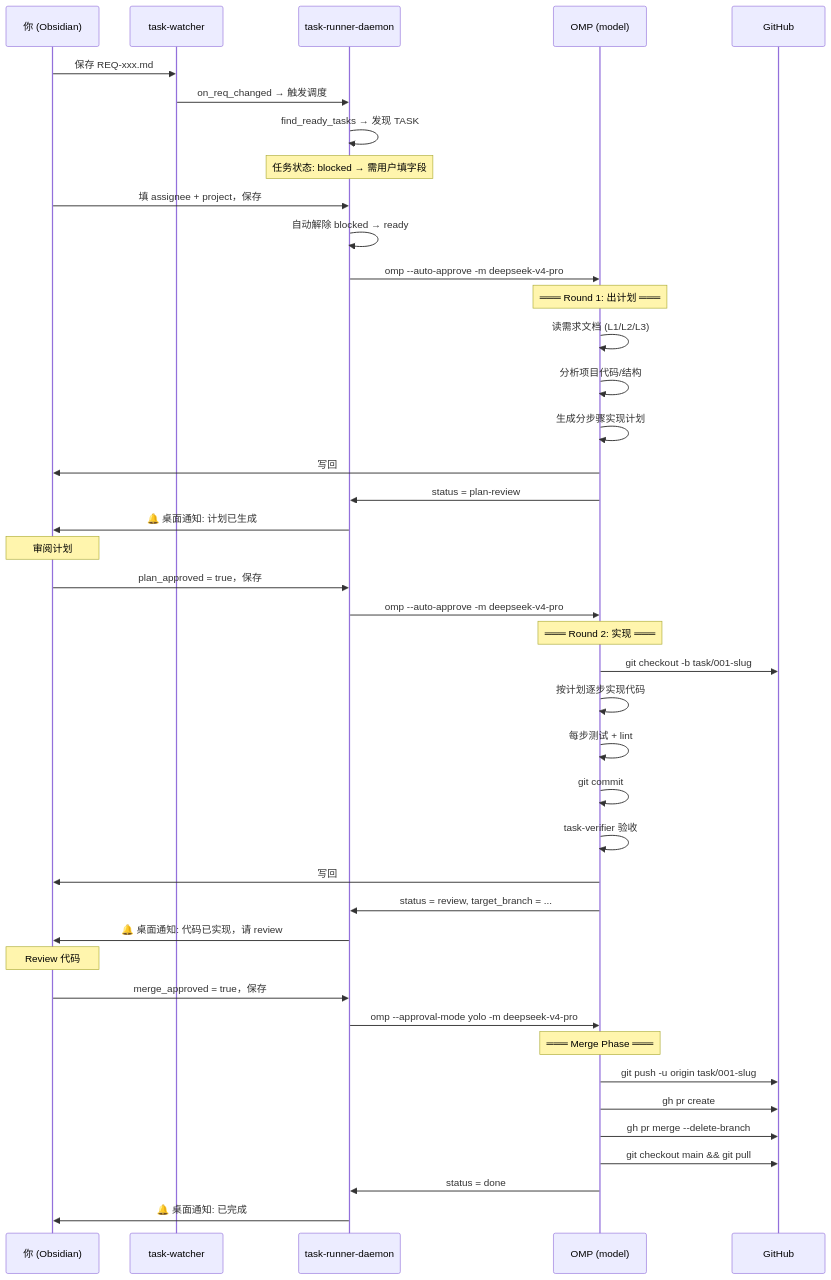
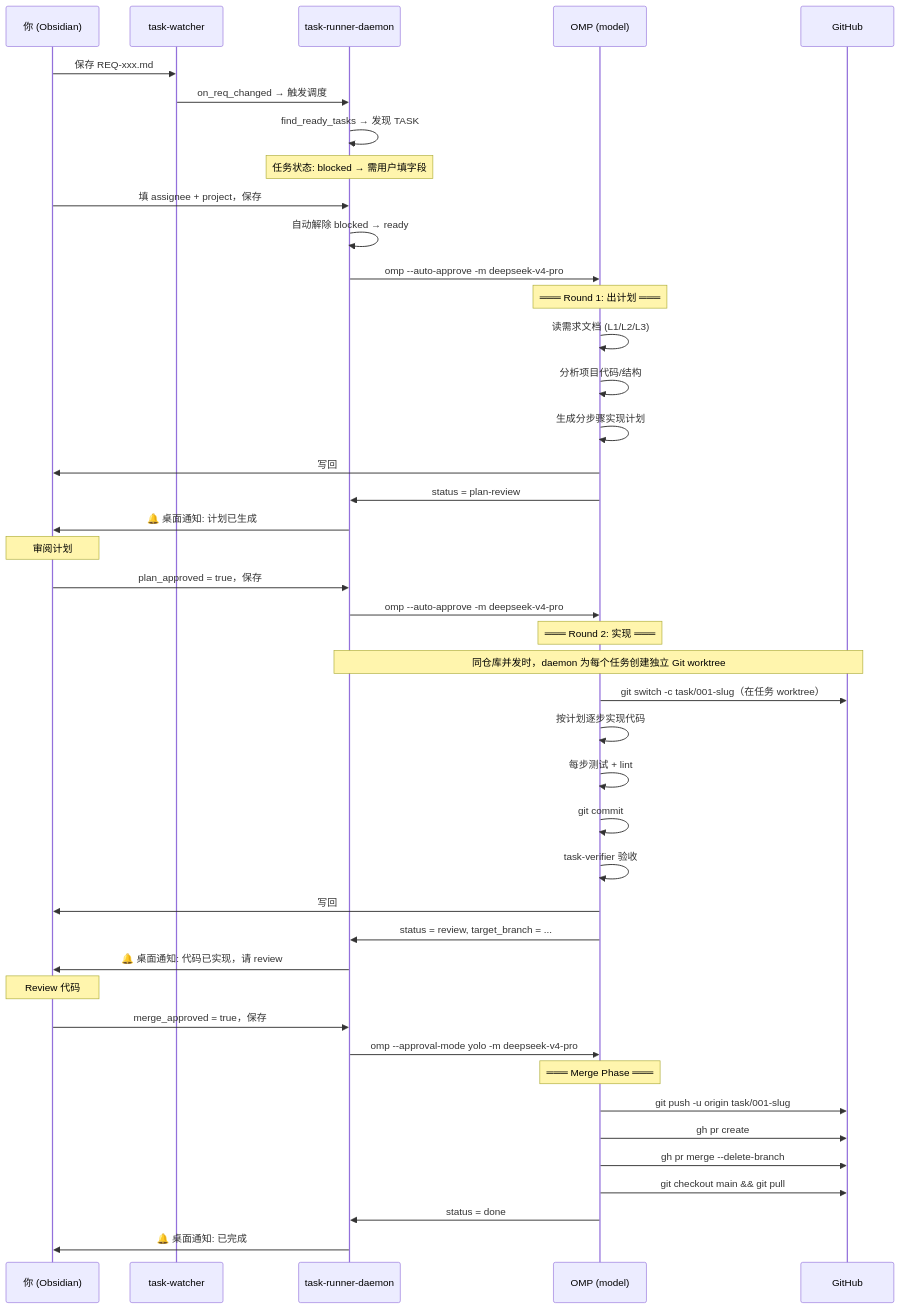
Before and after one commit to ndzuki/obsidian-task-runner: the third of 5 diagrams in docs/workflow.md, drawn with Mermaid. The commit also changed other lines of this file and 9 other files, not shown here.

````diff
--- a/docs/workflow.md
+++ b/docs/workflow.md
@@ -70,57 +70,58 @@
 ```mermaid
 sequenceDiagram
     participant User as 你 (Obsidian)
     participant Watch as task-watcher
     participant Daemon as task-runner-daemon
     participant Agent as OMP (model)
     participant Git as GitHub
 
     User->>Watch: 保存 REQ-xxx.md
     Watch->>Daemon: on_req_changed → 触发调度
     Daemon->>Daemon: find_ready_tasks → 发现 TASK
     Note over Daemon: 任务状态: blocked → 需用户填字段
 
     User->>Daemon: 填 assignee + project，保存
     Daemon->>Daemon: 自动解除 blocked → ready
 
     Daemon->>Agent: omp --auto-approve -m deepseek-v4-pro
 
     Note over Agent: ═══ Round 1: 出计划 ═══
 
     Agent->>Agent: 读需求文档 (L1/L2/L3)
     Agent->>Agent: 分析项目代码/结构
     Agent->>Agent: 生成分步骤实现计划
     Agent->>User: 写回 ## 实现计划 section
     Agent->>Daemon: status = plan-review
     Daemon->>User: 🔔 桌面通知: 计划已生成
 
     Note over User: 审阅计划
     User->>Daemon: plan_approved = true，保存
 
     Daemon->>Agent: omp --auto-approve -m deepseek-v4-pro
 
     Note over Agent: ═══ Round 2: 实现 ═══
+    Note over Daemon,Git: 同仓库并发时，daemon 为每个任务创建独立 Git worktree
 
-    Agent->>Git: git checkout -b task/001-slug
+    Agent->>Git: git switch -c task/001-slug（在任务 worktree）
     Agent->>Agent: 按计划逐步实现代码
     Agent->>Agent: 每步测试 + lint
     Agent->>Agent: git commit
     Agent->>Agent: task-verifier 验收
     Agent->>User: 写回 ## 实现记录 + ## 验收记录
     Agent->>Daemon: status = review, target_branch = ...
     Daemon->>User: 🔔 桌面通知: 代码已实现，请 review
 
     Note over User: Review 代码
     User->>Daemon: merge_approved = true，保存
 
     Daemon->>Agent: omp --approval-mode yolo -m deepseek-v4-pro
 
     Note over Agent: ═══ Merge Phase ═══
 
     Agent->>Git: git push -u origin task/001-slug
     Agent->>Git: gh pr create
     Agent->>Git: gh pr merge --delete-branch
     Agent->>Git: git checkout main && git pull
     Agent->>Daemon: status = done
     Daemon->>User: 🔔 桌面通知: 已完成
 ```
````
